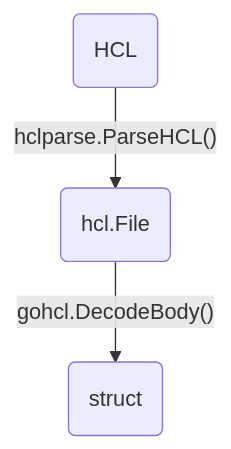
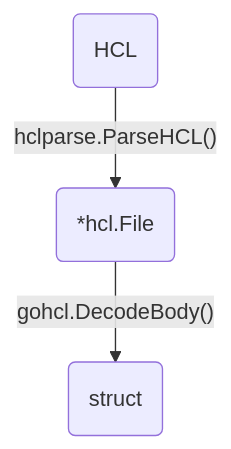
One commit to babarot/tellme.tokyo changed the second of 2 diagrams in content/post/hashicorp-hcl2.md. Above: the diagram before and after it, drawn with Mermaid. The commit also changed other lines of this file and 1 other file, not shown here.

```diff
--- a/content/post/hashicorp-hcl2.md
+++ b/content/post/hashicorp-hcl2.md
@@ -171,5 +174,5 @@
 {{< mermaid >}}
 graph TB;
-  hcl(HCL)   -- "hclparse.ParseHCL()"  --> file("hcl.File")
+  hcl(HCL)   -- "hclparse.ParseHCL()"  --> file("*hcl.File")
   file       -- "gohcl.DecodeBody()"   --> struct("struct")
 {{< /mermaid >}}
```
